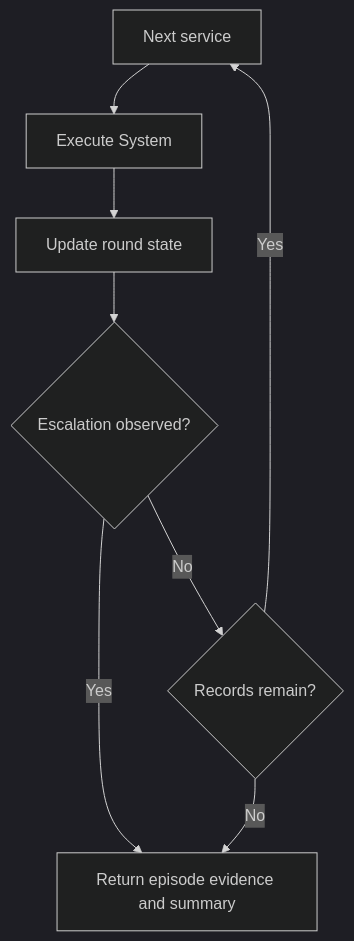
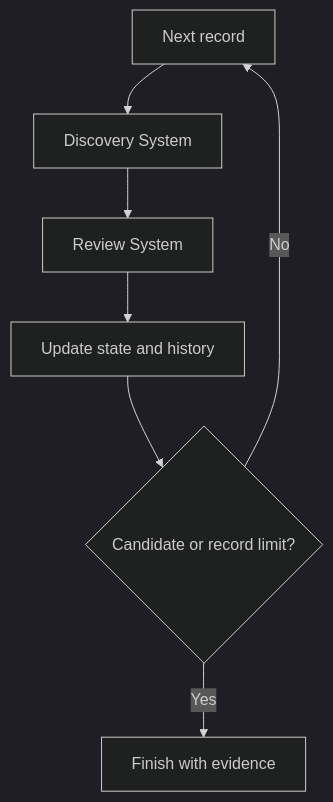
The second of 2 diagrams in README.md (JacoboGGLeon/agentic_systems), drawn with Mermaid (dark theme) before and after one commit. The commit also changed other lines of this file and 3 other files, not shown here.

````diff
--- a/README.md
+++ b/README.md
@@ -232,10 +195,9 @@
 ```mermaid
 flowchart TD
-    N["Next service"] --> X["Execute System"]
-    X --> U["Update round state"]
-    U --> C{"Escalation observed?"}
-    C -->|Yes| S["Return episode evidence and summary"]
-    C -->|No| M{"Records remain?"}
-    M -->|Yes| N
-    M -->|No| S
+    E["Next record"] --> D["Discovery System"]
+    D --> R["Review System"]
+    R --> U["Update state and history"]
+    U --> S{"Candidate or record limit?"}
+    S -->|"No"| E
+    S -->|"Yes"| F["Finish with evidence"]
 ```
````
